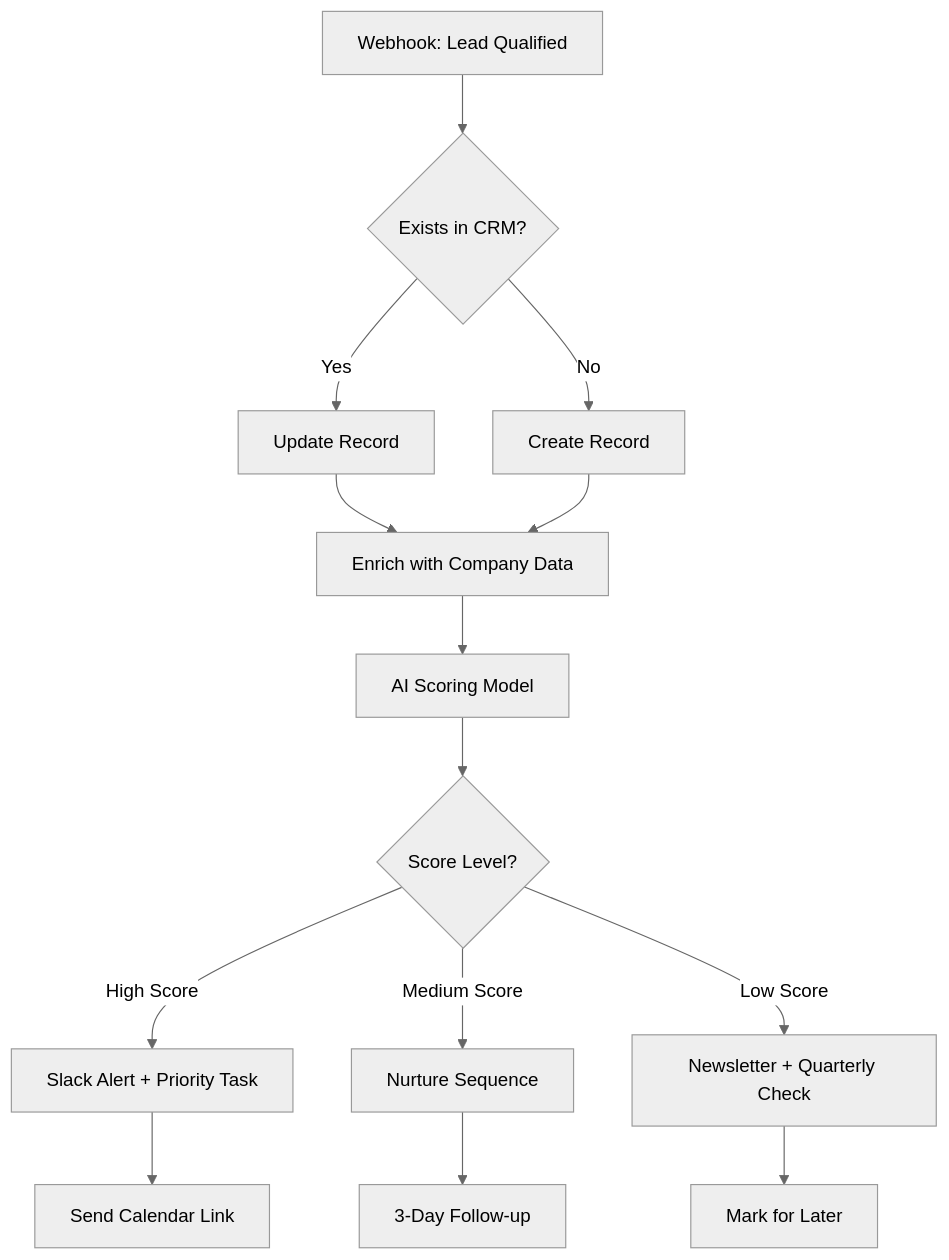
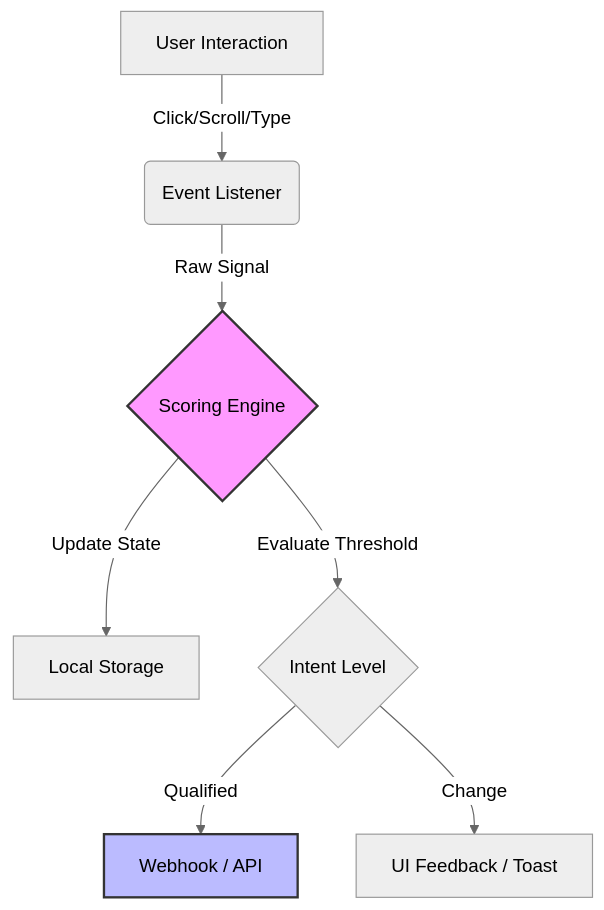
One commit to dougwithseismic/docs changed the diagram in case-studies/lead-qualifier.mdx. Above: the diagram before and after it, drawn with Mermaid (neutral theme). The commit also changed other lines of this file and 17 other files, not shown here.

````diff
--- a/case-studies/lead-qualifier.mdx
+++ b/case-studies/lead-qualifier.mdx
@@ -772,16 +54,12 @@
 ```mermaid
 graph TD
-    A[Webhook: Lead Qualified] --> B{Exists in CRM?}
-    B -->|Yes| C[Update Record]
-    B -->|No| D[Create Record]
-    C --> E[Enrich with Company Data]
-    D --> E
-    E --> F[AI Scoring Model]
-    F --> G{Score Level?}
-    G -->|High Score| H[Slack Alert + Priority Task]
-    G -->|Medium Score| I[Nurture Sequence]
-    G -->|Low Score| J[Newsletter + Quarterly Check]
-    H --> K[Send Calendar Link]
-    I --> L[3-Day Follow-up]
-    J --> M[Mark for Later]
+    A[User Interaction] -->|Click/Scroll/Type| B(Event Listener)
+    B -->|Raw Signal| C{Scoring Engine}
+    C -->|Update State| D[Local Storage]
+    C -->|Evaluate Threshold| E{Intent Level}
+    E -->|Qualified| F[Webhook / API]
+    E -->|Change| G[UI Feedback / Toast]
+    
+    style C fill:#f9f,stroke:#333,stroke-width:2px
+    style F fill:#bbf,stroke:#333,stroke-width:2px
 ```
````
